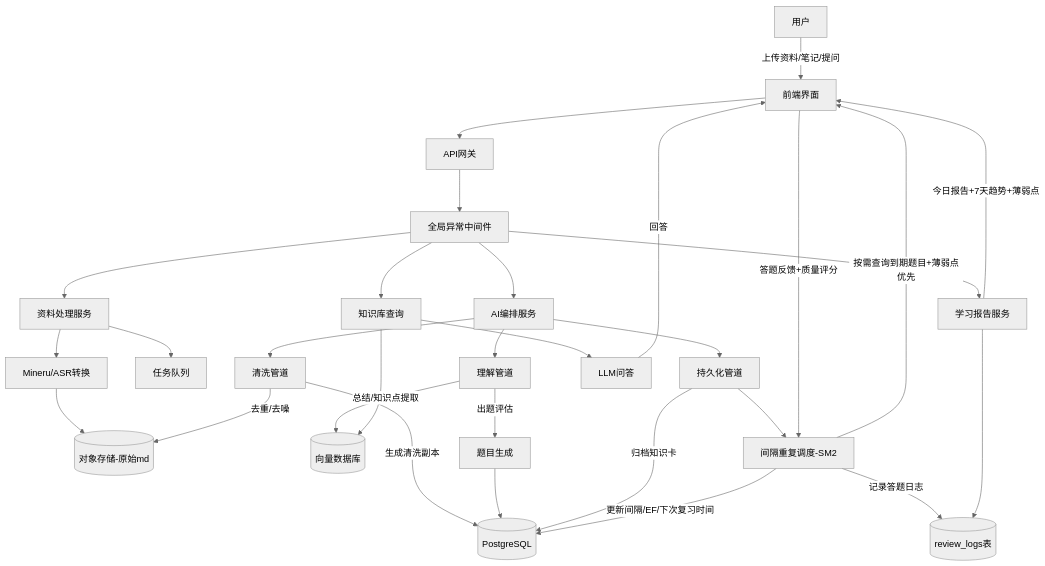
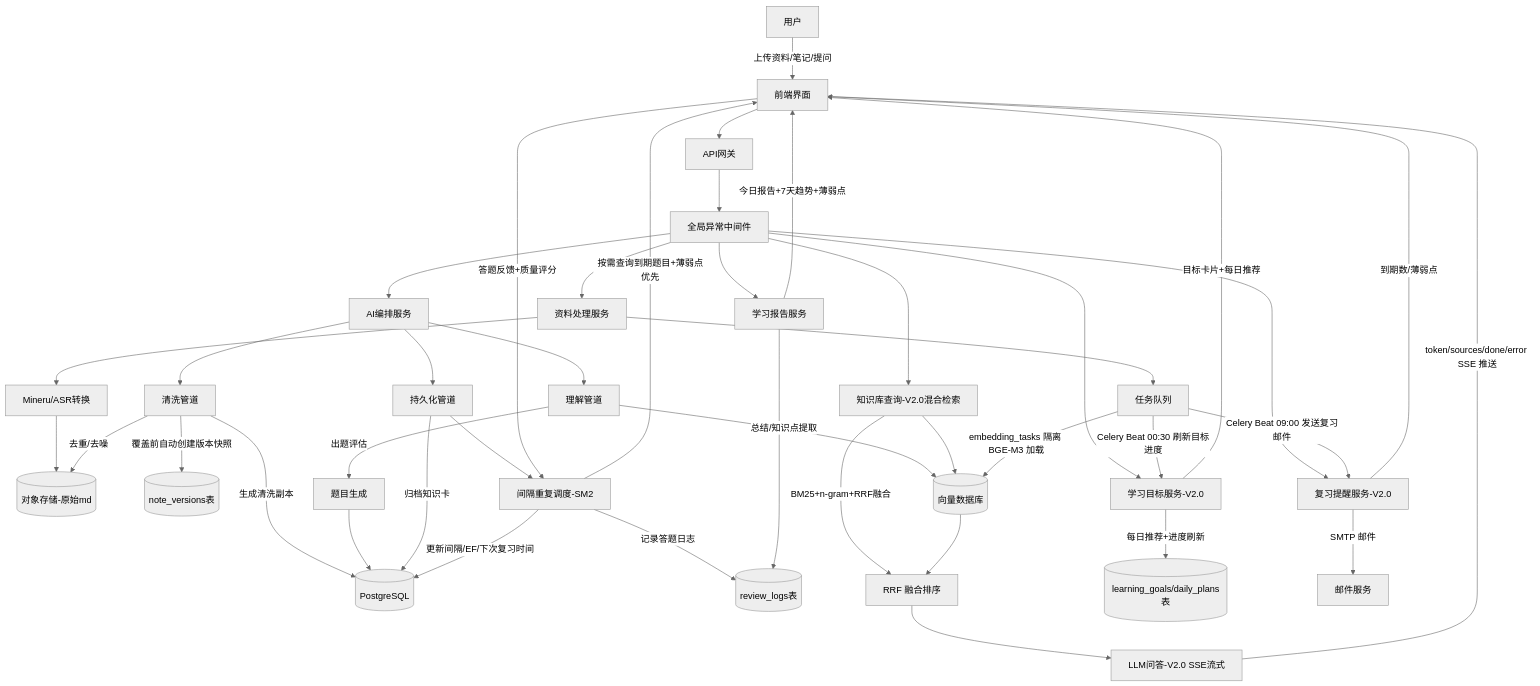
One commit to trx-0833/EngramNote changed the second of 2 diagrams in 项目架构.md. Above: the diagram before and after it, drawn with Mermaid (neutral theme). The commit also changed other lines of this file and 80 other files, not shown here.

````diff
--- a/项目架构.md
+++ b/项目架构.md
@@ -496,27 +621,40 @@
 ```mermaid
 graph TD
     U[用户] -->|上传资料/笔记/提问| FE[前端界面]
     FE --> API[API网关]
     API --> MW[全局异常中间件]
     MW --> PROC[资料处理服务]
     PROC --> Mineru[Mineru/ASR转换]
     Mineru --> OSS[(对象存储-原始md)]
     PROC --> MQ[任务队列]
     MW --> AI[AI编排服务]
     AI --> Clean[清洗管道] -->|去重/去噪| OSS
+    Clean -->|覆盖前自动创建版本快照| VersionTb[(note_versions表)]
     Clean -->|生成清洗副本| DB[(PostgreSQL)]
     AI --> Under[理解管道] -->|总结/知识点提取| VectorDB[(向量数据库)]
     Under -->|出题评估| QuizGen[题目生成]
     QuizGen --> DB
     AI --> Persist[持久化管道] -->|归档知识卡| DB
     Persist --> SR[间隔重复调度-SM2]
     SR -->|按需查询到期题目+薄弱点优先| FE
     FE -->|答题反馈+质量评分| SR
     SR -->|更新间隔/EF/下次复习时间| DB
     SR -->|记录答题日志| ReviewLog[(review_logs表)]
     MW --> Report[学习报告服务]
     Report -->|今日报告+7天趋势+薄弱点| FE
     Report --> ReviewLog
-    MW --> Search[知识库查询] --> VectorDB
-    Search --> LLM[LLM问答] -->|回答| FE
+    MW --> Search[知识库查询-V2.0混合检索] --> VectorDB
+    Search -->|BM25+n-gram+RRF融合| RRF[RRF 融合排序]
+    VectorDB --> RRF
+    RRF --> LLM[LLM问答-V2.0 SSE流式]
+    LLM -->|token/sources/done/error SSE 推送| FE
+    MW --> Goal[学习目标服务-V2.0]
+    Goal -->|每日推荐+进度刷新| GoalTb[(learning_goals/daily_plans表)]
+    Goal -->|目标卡片+每日推荐| FE
+    MW --> Notif[复习提醒服务-V2.0]
+    Notif -->|到期数/薄弱点| FE
+    Notif -->|SMTP 邮件| Mail[邮件服务]
+    MQ -->|Celery Beat 00:30 刷新目标进度| Goal
+    MQ -->|Celery Beat 09:00 发送复习邮件| Notif
+    MQ -->|embedding_tasks 隔离 BGE-M3 加载| VectorDB
 ```
````
